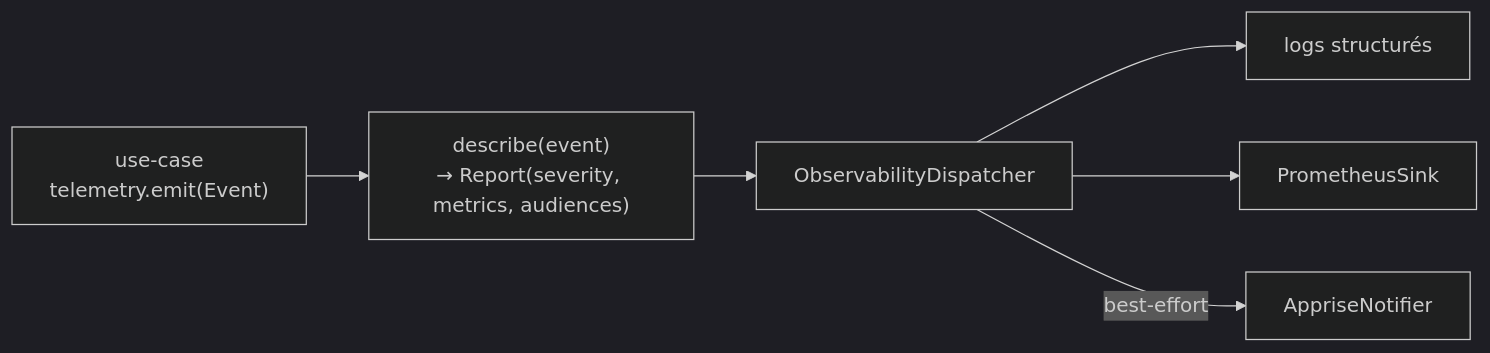
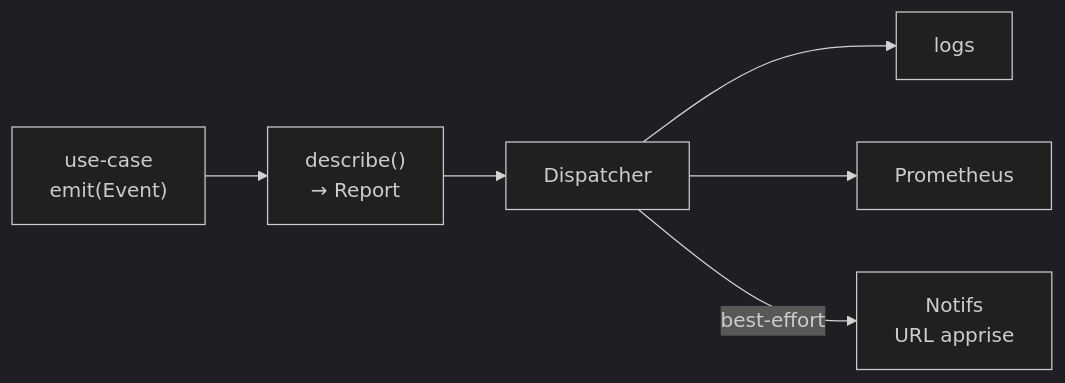
Before and after one commit to GeoffreyCoulaud/mulewatch: the tenth of 10 diagrams in docs/architecture.md, drawn with Mermaid (dark theme). The commit also changed other lines of this file, not shown here.

First line of the commit message:
docs(architecture): diagrammes — trafic via gluetun, notifs via URL apprise, labels courts

````diff
--- a/docs/architecture.md
+++ b/docs/architecture.md
@@ -308,14 +317,14 @@
 ```mermaid
 flowchart LR
-  uc["use-case<br/>telemetry.emit(Event)"]
-  desc["describe(event)<br/>→ Report(severity, metrics, audiences)"]
-  disp["ObservabilityDispatcher"]
-  log["logs structurés"]
-  prom["PrometheusSink"]
-  appr["AppriseNotifier"]
+  uc["use-case<br/>emit(Event)"]
+  desc["describe()<br/>→ Report"]
+  disp["Dispatcher"]
+  log["logs"]
+  prom["Prometheus"]
+  notif["Notifs<br/>URL apprise"]
 
   uc --> desc --> disp
   disp --> log
   disp --> prom
-  disp -->|"best-effort"| appr
+  disp -->|best-effort| notif
 ```
````
